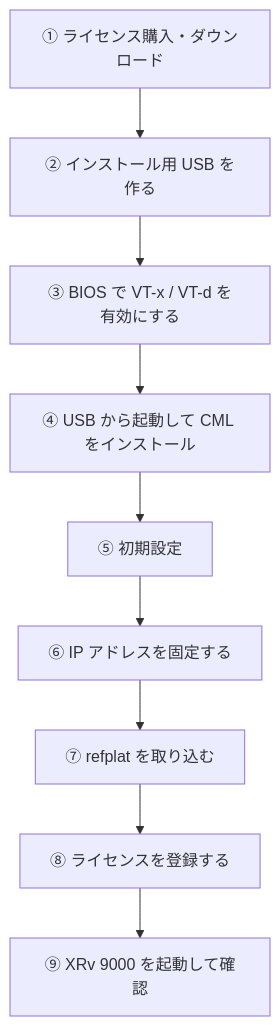
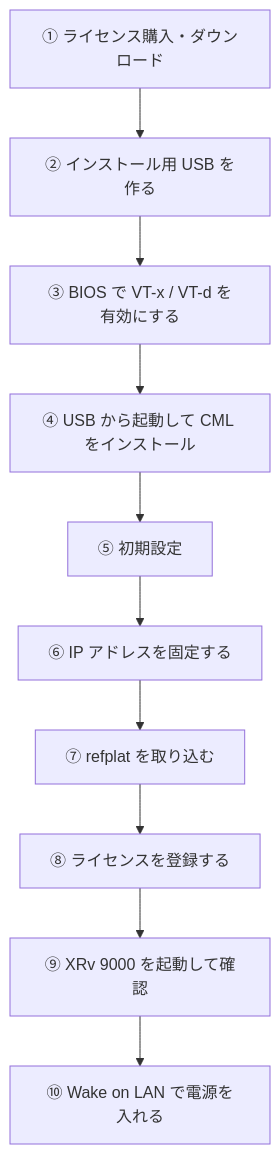
The diagram in docs/about/cml-baremetal.md (supur1nn/lab-notes), drawn with Mermaid before and after one commit. The commit also changed other lines of this file and 2 other files, not shown here.

First line of the commit message:
CML ベアメタル構築の記録に Wake on LAN の設定を追加

````diff
--- a/docs/about/cml-baremetal.md
+++ b/docs/about/cml-baremetal.md
@@ -29,11 +29,12 @@
 ```mermaid
 graph TD
   A["① ライセンス購入・ダウンロード"] --> B["② インストール用 USB を作る"]
   B --> C["③ BIOS で VT-x / VT-d を有効にする"]
   C --> D["④ USB から起動して CML をインストール"]
   D --> E["⑤ 初期設定"]
   E --> F["⑥ IP アドレスを固定する"]
   F --> G["⑦ refplat を取り込む"]
   G --> H["⑧ ライセンスを登録する"]
   H --> I["⑨ XRv 9000 を起動して確認"]
+  I --> J["⑩ Wake on LAN で電源を入れる"]
 ```
````
